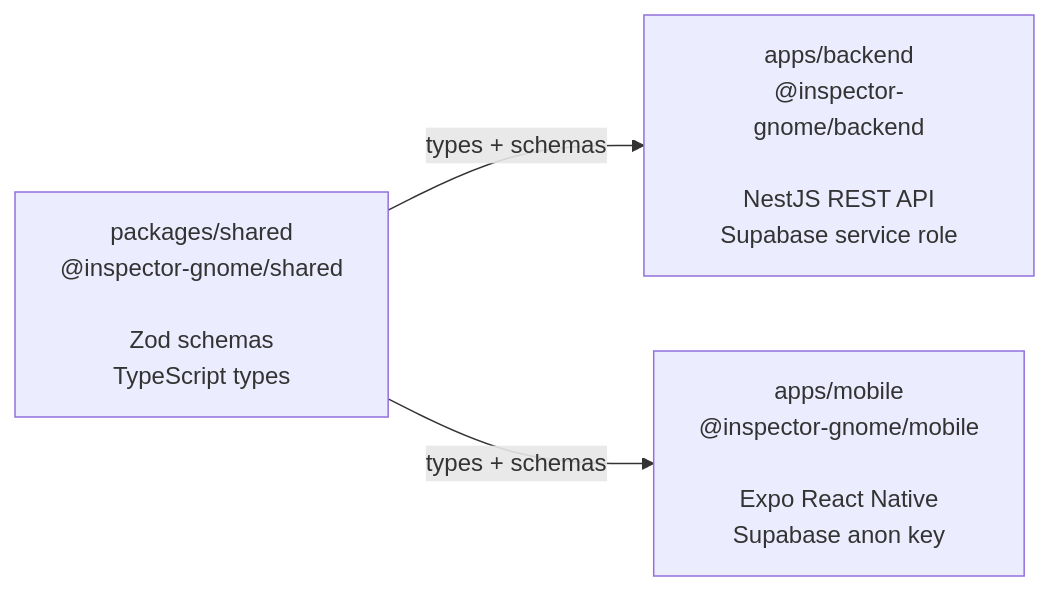
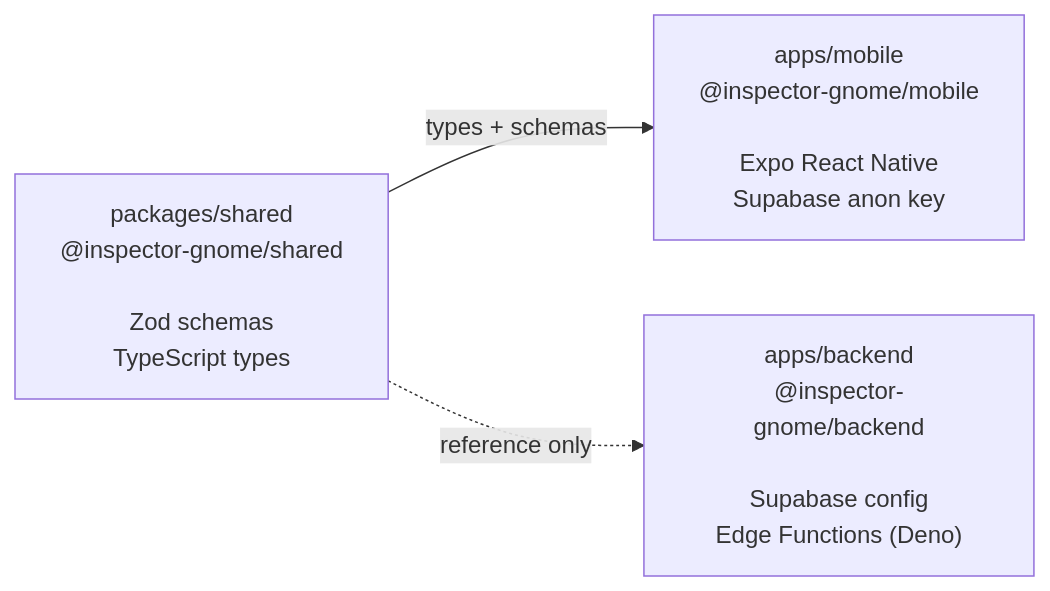
Before and after one commit to NicolePetitt12/HomeHealthAI: the third of 3 diagrams in documentation/architecture.md, drawn with Mermaid. The commit also changed other lines of this file and 33 other files, not shown here.

````diff
--- a/documentation/architecture.md
+++ b/documentation/architecture.md
@@ -70,9 +63,9 @@
 ```mermaid
 graph LR
     shared["packages/shared<br/>@inspector-gnome/shared<br/><br/>Zod schemas<br/>TypeScript types"]
-    backend["apps/backend<br/>@inspector-gnome/backend<br/><br/>NestJS REST API<br/>Supabase service role"]
+    backend["apps/backend<br/>@inspector-gnome/backend<br/><br/>Supabase config<br/>Edge Functions (Deno)"]
     mobile["apps/mobile<br/>@inspector-gnome/mobile<br/><br/>Expo React Native<br/>Supabase anon key"]
 
-    shared -->|types + schemas| backend
     shared -->|types + schemas| mobile
+    shared -.->|reference only| backend
 ```
````
